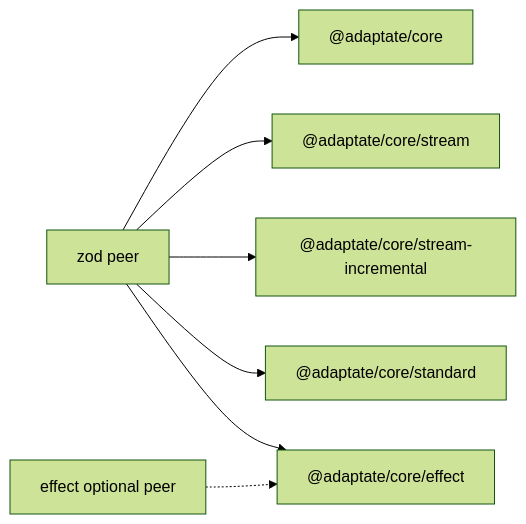
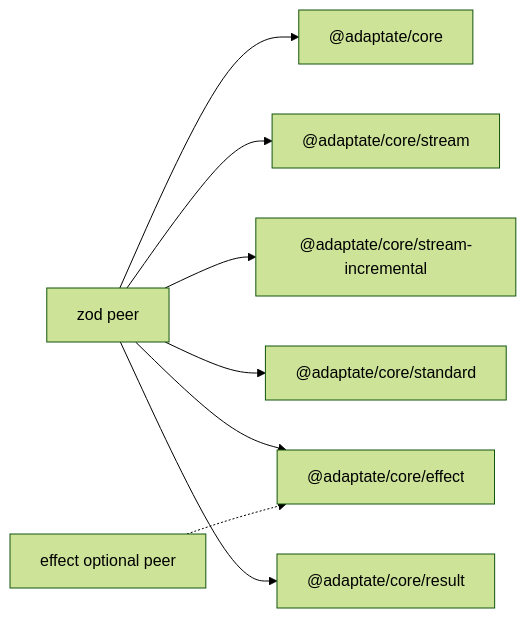
The diagram in docs/subpaths.md (p10ns11y/adaptate), drawn with Mermaid (forest theme) before and after one commit. The commit also changed other lines of this file and 27 other files, not shown here.

First line of the commit message:
feat(core): add a Result parse API for choke points

````diff
--- a/docs/subpaths.md
+++ b/docs/subpaths.md
@@ -16,9 +16,10 @@
 ```mermaid
 flowchart LR
   zod["zod peer"] --> core["@adaptate/core"]
   zod --> stream["@adaptate/core/stream"]
   zod --> incremental["@adaptate/core/stream-incremental"]
   zod --> standard["@adaptate/core/standard"]
   zod --> effect["@adaptate/core/effect"]
+  zod --> result["@adaptate/core/result"]
   effectPeer["effect optional peer"] -.-> effect
 ```
````
